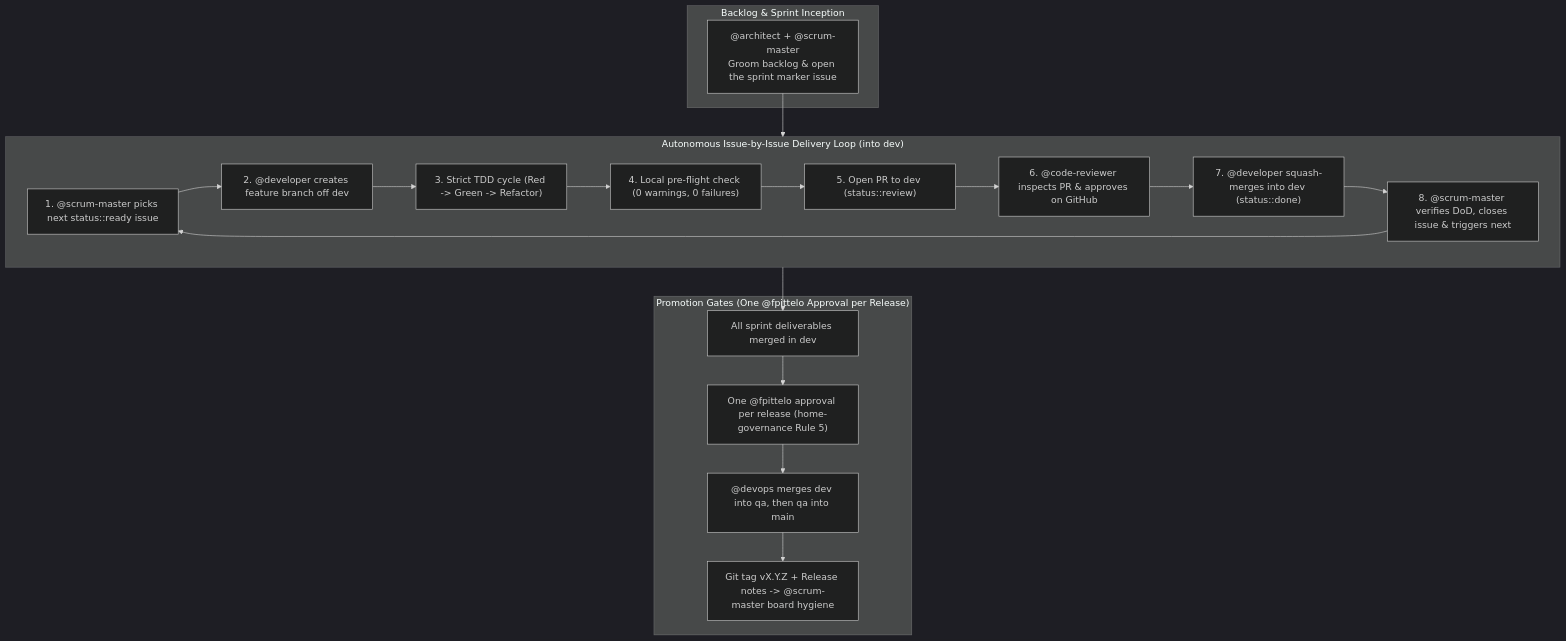
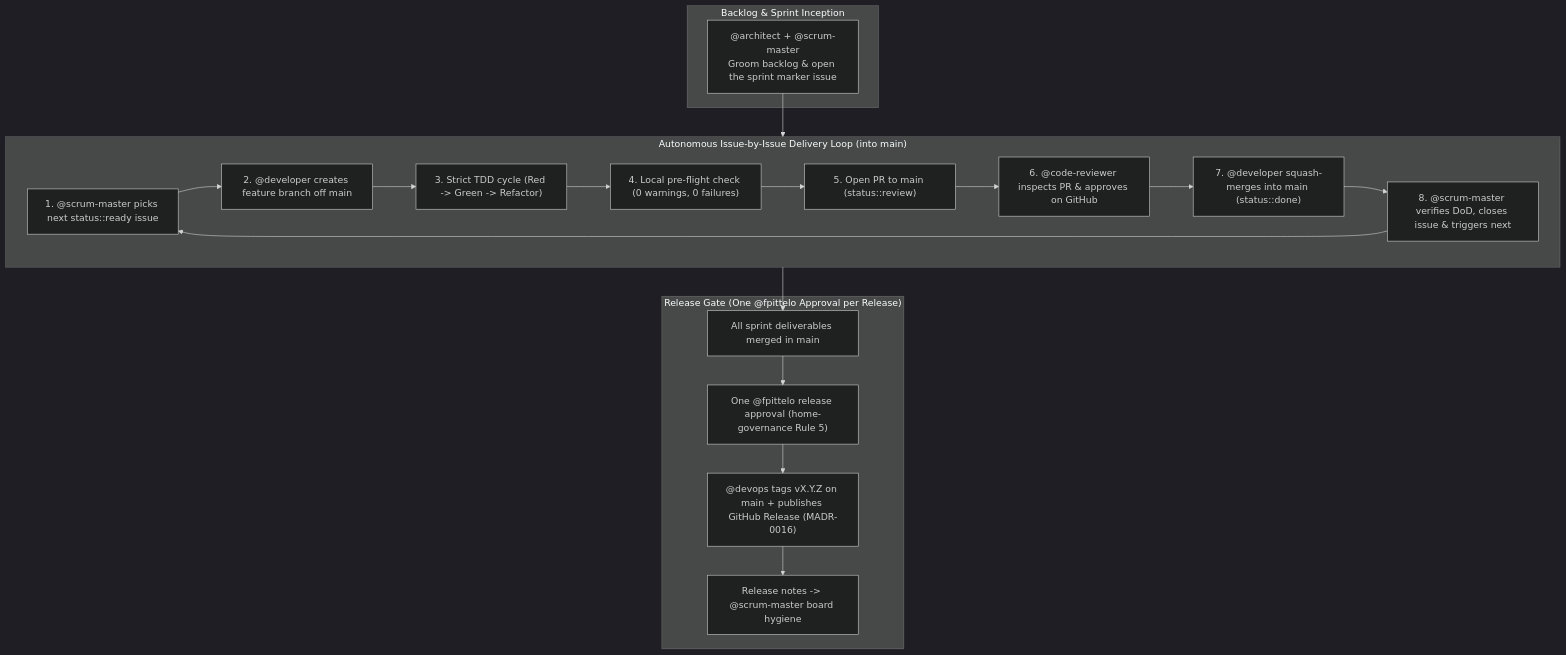
One commit to fpittelo/opencode-home-config changed the diagram in agents/architect.md. Above: the diagram before and after it, drawn with Mermaid (dark theme). The commit also changed other lines of this file and 27 other files, not shown here.

First line of the commit message:
docs(madr-0017): adopt trunk+tag delivery — governance, agents, skills, arc42 (#333)

````diff
--- a/agents/architect.md
+++ b/agents/architect.md
@@ -199,28 +199,28 @@
 ```mermaid
 flowchart TD
     subgraph Backlog_Planning ["Backlog & Sprint Inception"]
         A_ARCH["@architect + @scrum-master\nGroom backlog & open the sprint marker issue"]
     end
 
-    subgraph Autonomous_Dev_Loop ["Autonomous Issue-by-Issue Delivery Loop (into dev)"]
+    subgraph Autonomous_Dev_Loop ["Autonomous Issue-by-Issue Delivery Loop (into main)"]
         S1["1. @scrum-master picks next status::ready issue"]
-        S2["2. @developer creates feature branch off dev"]
+        S2["2. @developer creates feature branch off main"]
         S3["3. Strict TDD cycle (Red -> Green -> Refactor)"]
         S4["4. Local pre-flight check (0 warnings, 0 failures)"]
-        S5["5. Open PR to dev (status::review)"]
+        S5["5. Open PR to main (status::review)"]
         S6["6. @code-reviewer inspects PR & approves on GitHub"]
-        S7["7. @developer squash-merges into dev (status::done)"]
+        S7["7. @developer squash-merges into main (status::done)"]
         S8["8. @scrum-master verifies DoD, closes issue & triggers next"]
         S1 --> S2 --> S3 --> S4 --> S5 --> S6 --> S7 --> S8 --> S1
     end
 
-    subgraph Promotion_Gates ["Promotion Gates (One @fpittelo Approval per Release)"]
-        P1["All sprint deliverables merged in dev"]
-        P2["One @fpittelo approval per release (home-governance Rule 5)"]
-        P3["@devops merges dev into qa, then qa into main"]
-        P4["Git tag vX.Y.Z + Release notes -> @scrum-master board hygiene"]
+    subgraph Release_Gate ["Release Gate (One @fpittelo Approval per Release)"]
+        P1["All sprint deliverables merged in main"]
+        P2["One @fpittelo release approval (home-governance Rule 5)"]
+        P3["@devops tags vX.Y.Z on main + publishes GitHub Release (MADR-0016)"]
+        P4["Release notes -> @scrum-master board hygiene"]
     end
 
     A_ARCH --> Autonomous_Dev_Loop
     Autonomous_Dev_Loop --> P1 --> P2 --> P3 --> P4
 ```
````
